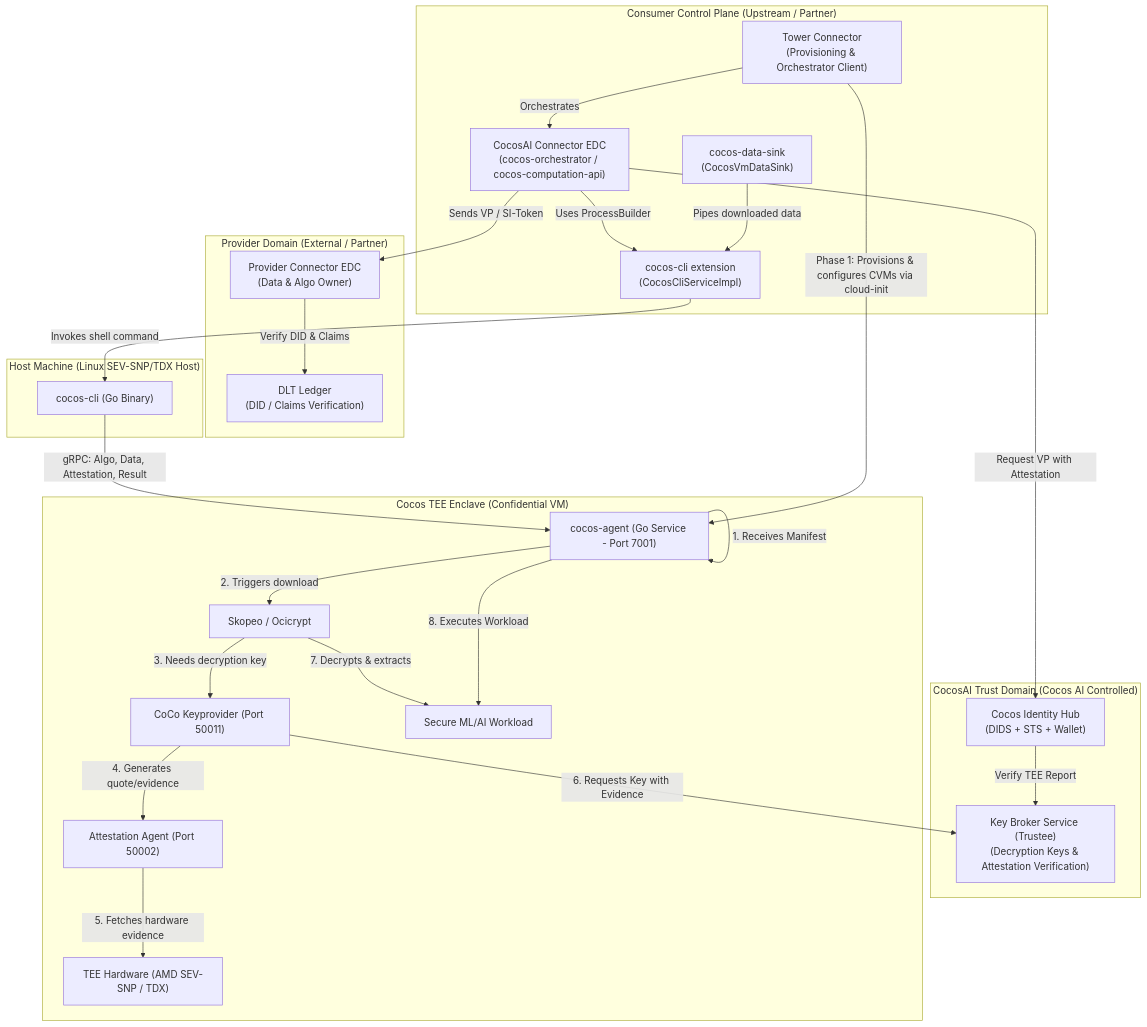
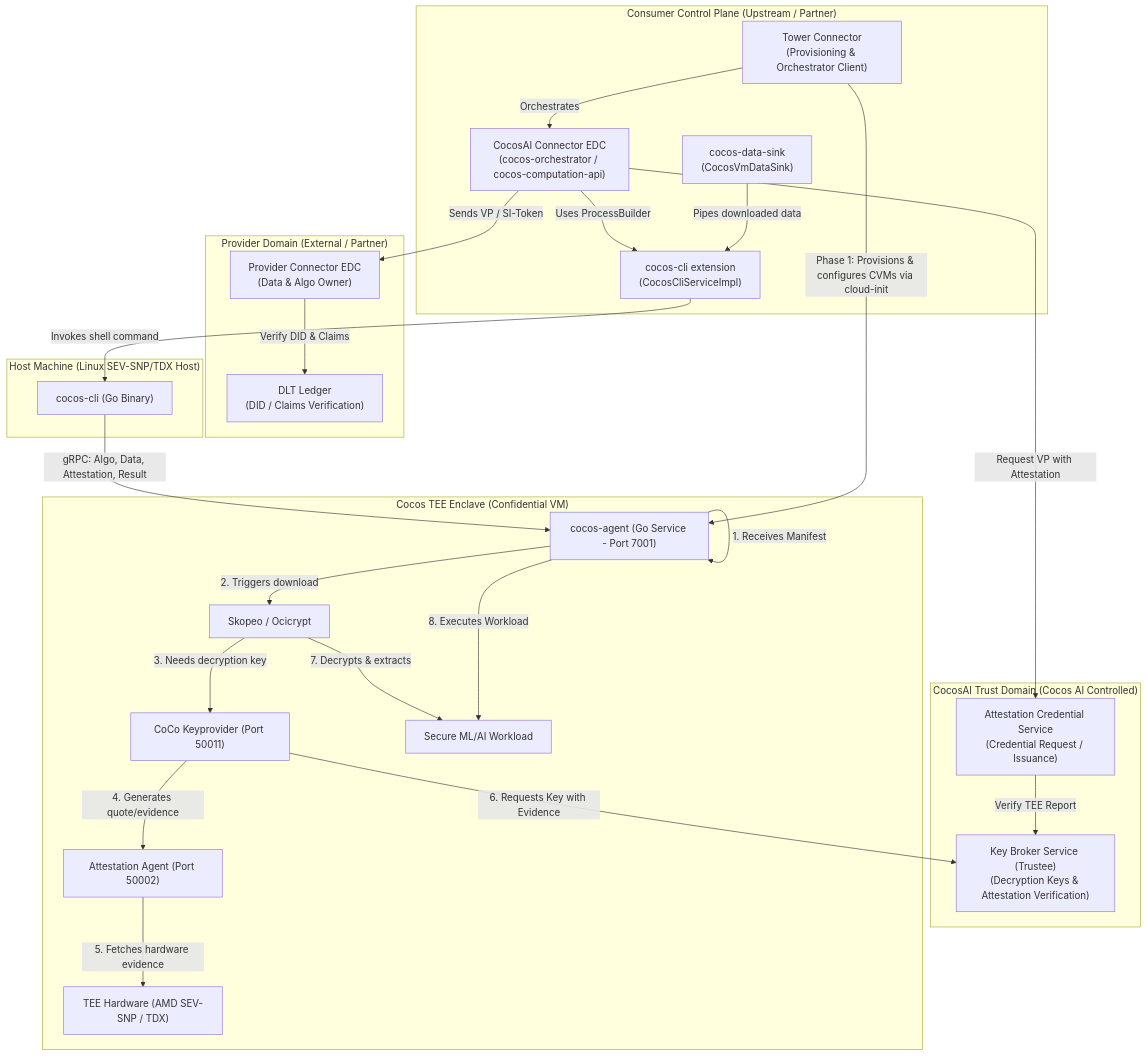
The first of 3 diagrams in edc-extensions/ARCHITECTURE.md (ultravioletrs/cocos-edc-connector), drawn with Mermaid before and after one commit. The commit also changed other lines of this file and 11 other files, not shown here.

Commit message:
refactor: replace IdentityHubClient with AttestationCredentialServiceClient to support attestation-based credential requests

````diff
--- a/edc-extensions/ARCHITECTURE.md
+++ b/edc-extensions/ARCHITECTURE.md
@@ -11,53 +11,53 @@
 ```mermaid
 graph TD
     subgraph ControlPlane["Consumer Control Plane (Upstream / Partner)"]
         TC["Tower Connector<br>(Provisioning & Orchestrator Client)"]
         CC_EDC["CocosAI Connector EDC<br>(cocos-orchestrator / cocos-computation-api)"]
         DataSink["cocos-data-sink<br>(CocosVmDataSink)"]
         CliBridge["cocos-cli extension<br>(CocosCliServiceImpl)"]
         
         TC -->|Orchestrates| CC_EDC
         CC_EDC -->|Uses ProcessBuilder| CliBridge
         DataSink -->|Pipes downloaded data| CliBridge
     end
 
     subgraph CocosTrust["CocosAI Trust Domain (Cocos AI Controlled)"]
-        CW["Cocos Identity Hub<br>(DIDS + STS + Wallet)"]
+        ACS["Attestation Credential Service<br>(Credential Request / Issuance)"]
         KBS["Key Broker Service (Trustee)<br>(Decryption Keys & Attestation Verification)"]
     end
 
     subgraph ProviderDomain["Provider Domain (External / Partner)"]
         P_EDC["Provider Connector EDC<br>(Data & Algo Owner)"]
         DLT["DLT Ledger<br>(DID / Claims Verification)"]
     end
 
     subgraph HostSystem["Host Machine (Linux SEV-SNP/TDX Host)"]
         CocosCliGo["cocos-cli (Go Binary)"]
         CliBridge -->|Invokes shell command| CocosCliGo
     end
 
     subgraph CVM["Cocos TEE Enclave (Confidential VM)"]
         CocosAgentGo["cocos-agent (Go Service - Port 7001)"]
         AttestationAgent["Attestation Agent (Port 50002)"]
         KeyProvider["CoCo Keyprovider (Port 50011)"]
         Skopeo["Skopeo / Ocicrypt"]
         Workload["Secure ML/AI Workload"]
         TEE["TEE Hardware (AMD SEV-SNP / TDX)"]
         
         CocosCliGo -->|gRPC: Algo, Data, Attestation, Result| CocosAgentGo
         CocosAgentGo -->|1. Receives Manifest| CocosAgentGo
         CocosAgentGo -->|2. Triggers download| Skopeo
         Skopeo -->|3. Needs decryption key| KeyProvider
         KeyProvider -->|4. Generates quote/evidence| AttestationAgent
         AttestationAgent -->|5. Fetches hardware evidence| TEE
         KeyProvider -->|6. Requests Key with Evidence| KBS
         Skopeo -->|7. Decrypts & extracts| Workload
         CocosAgentGo -->|8. Executes Workload| Workload
     end
 
     TC -->|Phase 1: Provisions & configures CVMs via cloud-init| CocosAgentGo
-    CC_EDC -->|Request VP with Attestation| CW
-    CW -->|Verify TEE Report| KBS
+    CC_EDC -->|Request VP with Attestation| ACS
+    ACS -->|Verify TEE Report| KBS
     CC_EDC -->|Sends VP / SI-Token| P_EDC
     P_EDC -->|Verify DID & Claims| DLT
 ```
````
